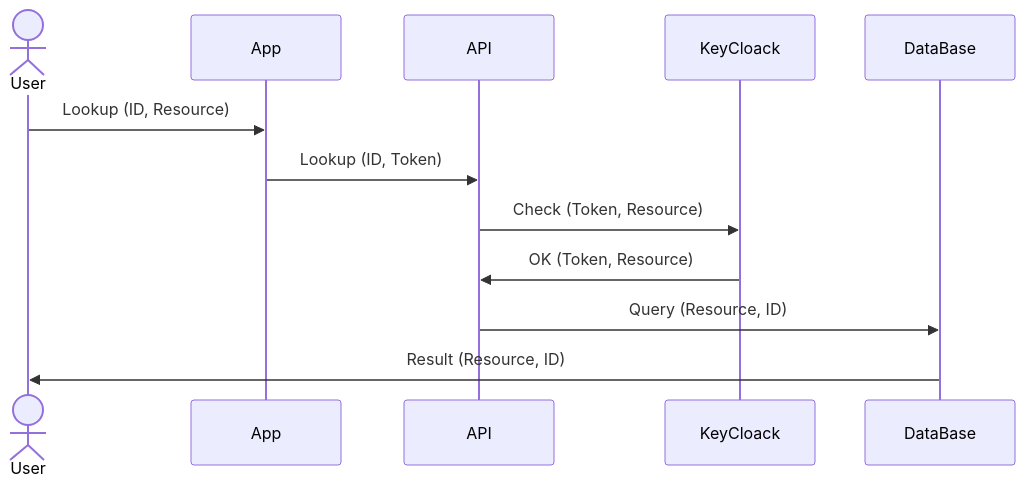
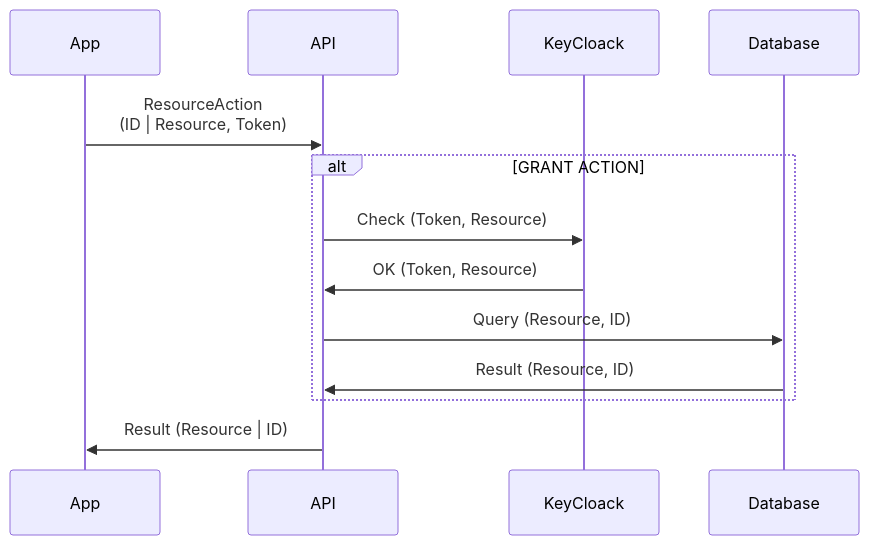
The third of 3 diagrams in auth-ac/readme.md (maffinyep/seranade-docs), drawn with Mermaid before and after one commit. The commit also changed other lines of this file and 12 other files, not shown here.

````diff
--- a/auth-ac/readme.md
+++ b/auth-ac/readme.md
@@ -75,10 +106,14 @@
 ```mermaid
 sequenceDiagram
-    actor User
-    User->>App: Lookup (ID, Resource)
-    App->>API: Lookup (ID, Token)
-    API->>KeyCloack: Check (Token, Resource)
-    KeyCloack->>API: OK (Token, Resource)
-    API->>DataBase: Query (Resource, ID)
-    DataBase->>User: Result (Resource, ID)
+    %%actor User
+    %%User->>App: Action (ID, Resource)
+     App->>API: ResourceAction <br> (ID | Resource, Token)
+    alt GRANT ACTION
+        API->>KeyCloack: Check (Token, Resource)
+        KeyCloack->>API: OK (Token, Resource)
+        API->>Database: Query (Resource, ID)
+        Database->>API: Result (Resource, ID)
+    end
+    API->>App: Result (Resource | ID)
+
 ```
````
